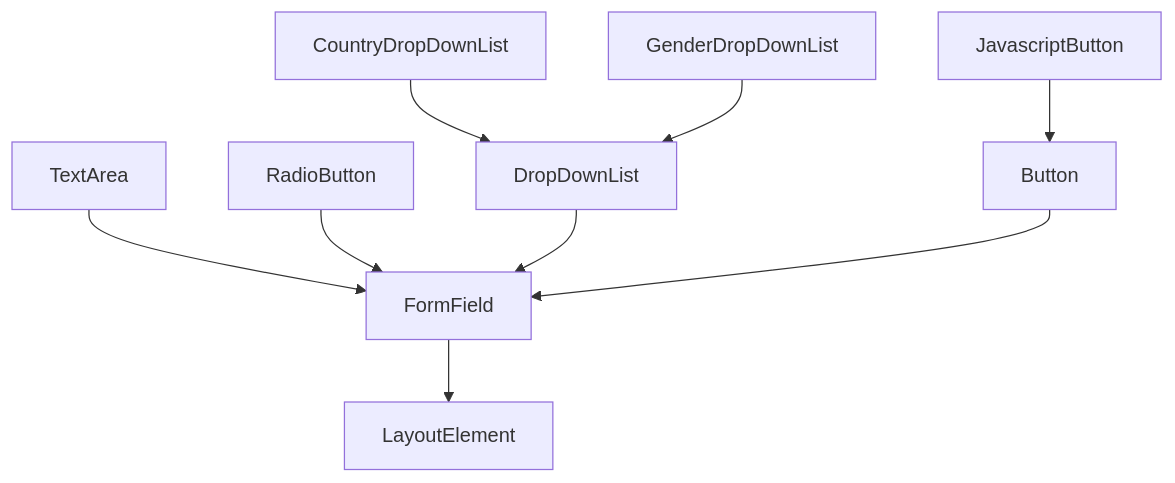
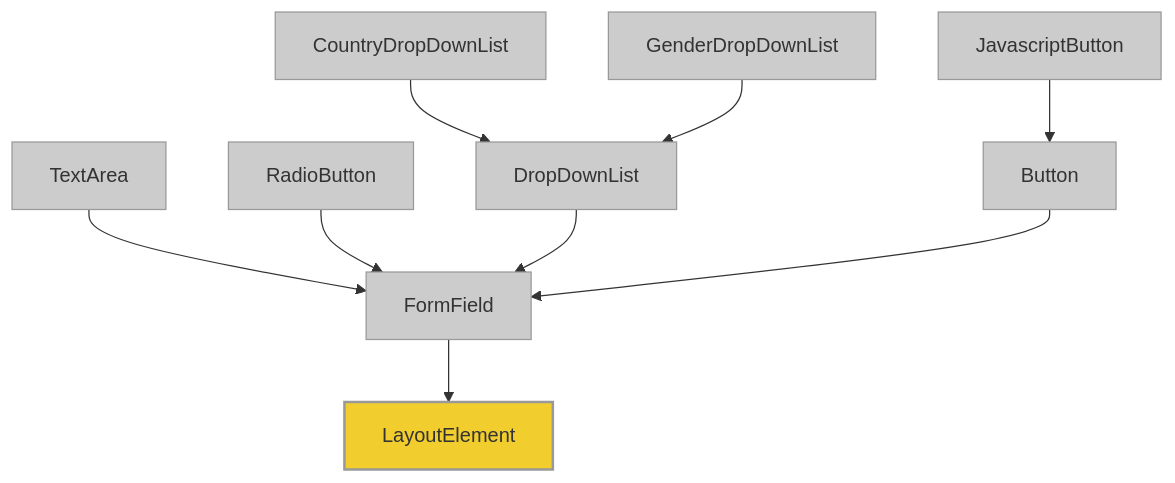
The diagram in 05/README.md (jorisschellekens/borb-examples), drawn with Mermaid before and after one commit.

````diff
--- a/05/README.md
+++ b/05/README.md
@@ -11,12 +11,20 @@
 ```mermaid
 graph TD
     LayoutElement
     FormField --> LayoutElement
     TextArea --> FormField
     RadioButton --> FormField
     DropDownList --> FormField
     CountryDropDownList --> DropDownList
     GenderDropDownList --> DropDownList
     Button --> FormField
     JavascriptButton --> Button
+
+    %% Define classes
+    classDef gray fill:#ccc,stroke:#999,stroke-width:1px;
+    classDef highlight fill:#F1CD2E,stroke:#999,stroke-width:2px;
+
+    %% Assign classes
+    class LayoutElement highlight;
+    class FormField,TextArea,RadioButton,DropDownList,CountryDropDownList,GenderDropDownList,Button,JavascriptButton gray;
 ```
````
